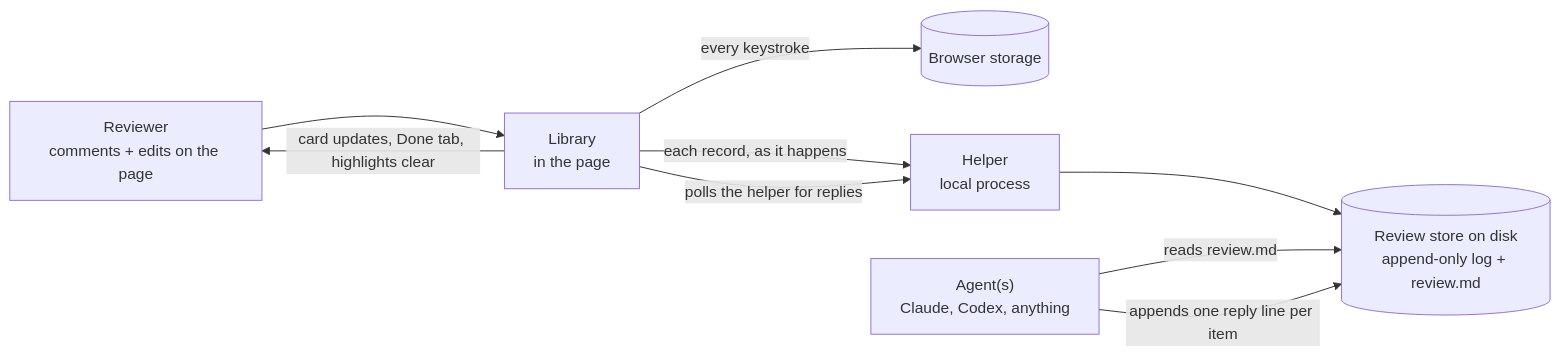
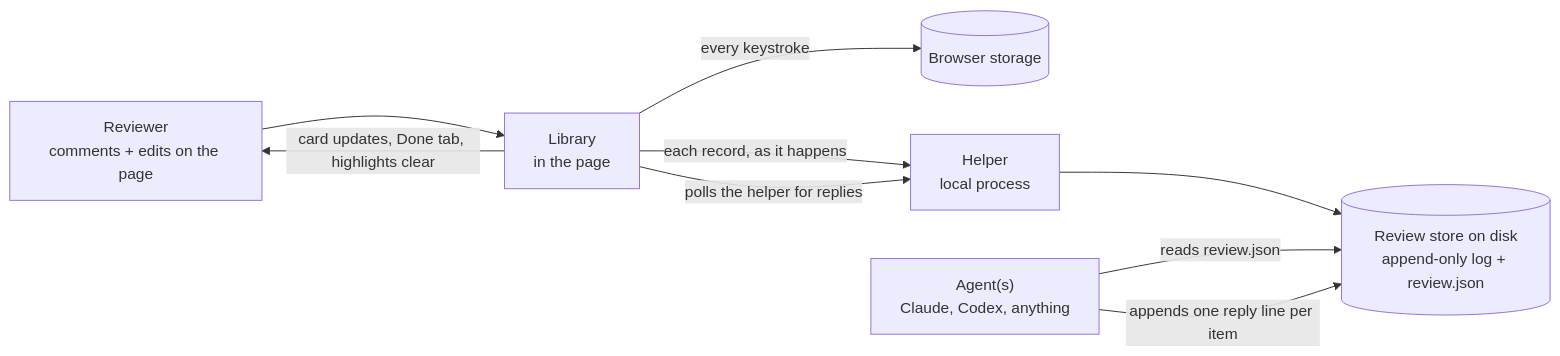
The first of 4 diagrams in docs/features/20260812.01_live_agentic_html_editor/02_architecture_live_agentic_html_editor.md (kenxle/live-agentic-html-editor), drawn with Mermaid before and after one commit. The commit also changed other lines of this file and 3 other files, not shown here.

Commit message:
Agent contract is one JSON file (Ken's call); D9 anchoring mechanism spelled out; D10 restructured into table plus bullets

````diff
--- a/docs/features/20260812.01_live_agentic_html_editor/02_architecture_live_agentic_html_editor.md
+++ b/docs/features/20260812.01_live_agentic_html_editor/02_architecture_live_agentic_html_editor.md
@@ -20,11 +20,11 @@
 ```mermaid
 flowchart LR
     R["Reviewer<br/>comments + edits on the page"] --> L["Library<br/>in the page"]
     L -->|"every keystroke"| B[("Browser storage")]
     L -->|"each record, as it happens"| H["Helper<br/>local process"]
-    H --> S[("Review store on disk<br/>append-only log + review.md")]
-    A["Agent(s)<br/>Claude, Codex, anything"] -->|"reads review.md"| S
+    H --> S[("Review store on disk<br/>append-only log + review.json")]
+    A["Agent(s)<br/>Claude, Codex, anything"] -->|"reads review.json"| S
     A -->|"appends one reply line per item"| S
     L -->|"polls the helper for replies"| H
     L -->|"card updates, Done tab, highlights clear"| R
 ```
````
